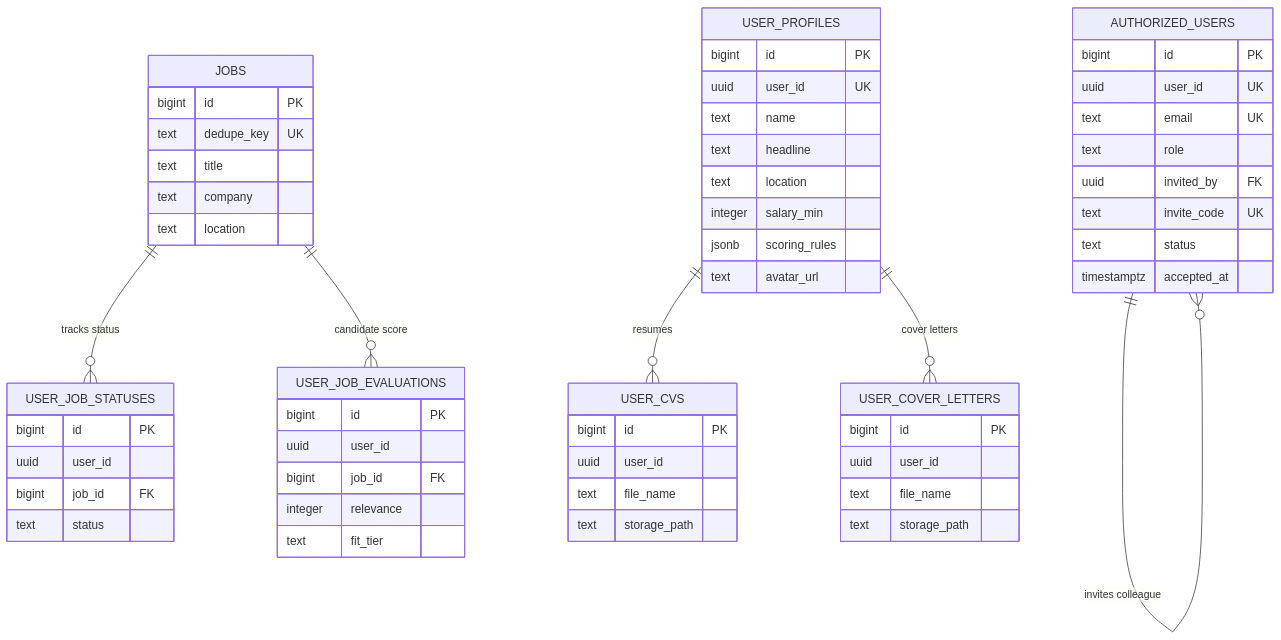
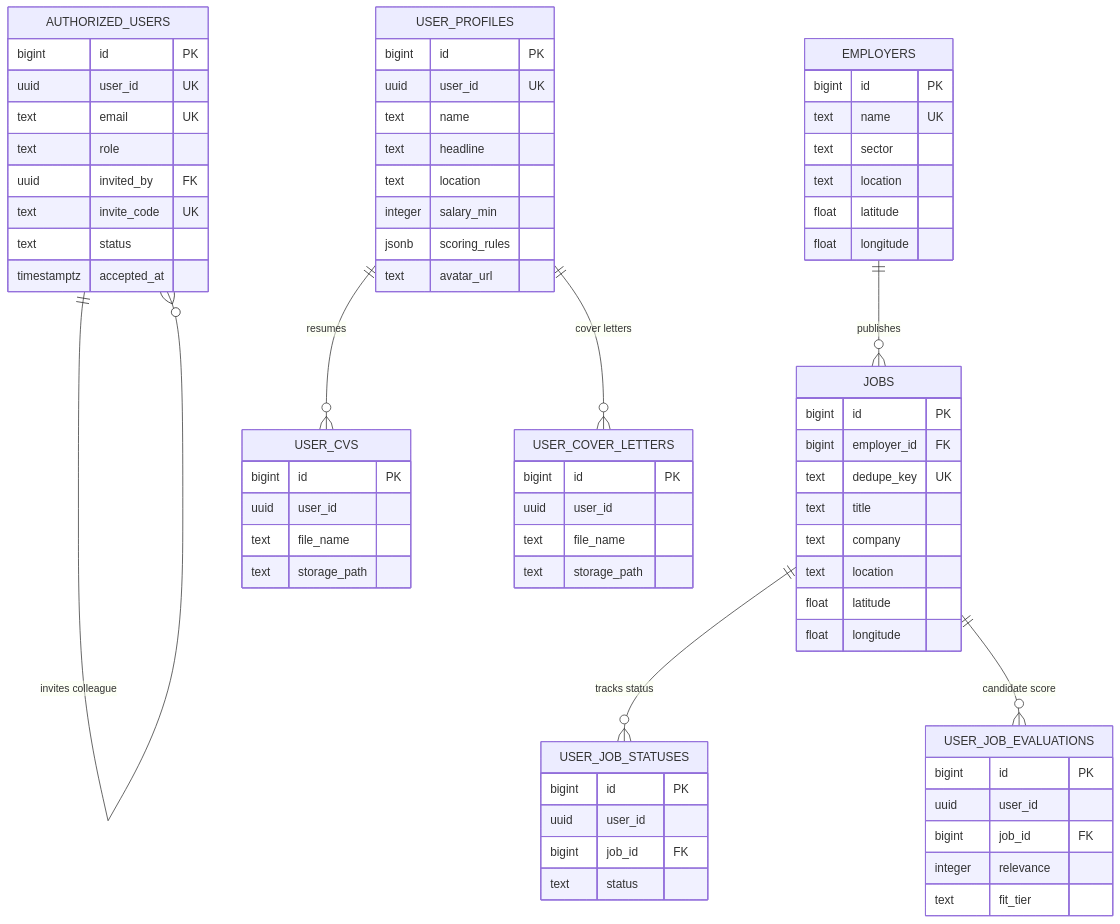
Before and after one commit to jae-labs/jobpulse: the diagram in docs/DATABASE_SCHEMA.md, drawn with Mermaid. The commit also changed other lines of this file and 50 other files, not shown here.

````diff
--- a/docs/DATABASE_SCHEMA.md
+++ b/docs/DATABASE_SCHEMA.md
@@ -7,61 +7,73 @@
 ```mermaid
 erDiagram
     AUTHORIZED_USERS {
         bigint id PK
         uuid user_id UK
         text email UK
         text role
         uuid invited_by FK
         text invite_code UK
         text status
         timestamptz accepted_at
     }
+    EMPLOYERS {
+        bigint id PK
+        text name UK
+        text sector
+        text location
+        float latitude
+        float longitude
+    }
     JOBS {
         bigint id PK
+        bigint employer_id FK
         text dedupe_key UK
         text title
         text company
         text location
+        float latitude
+        float longitude
     }
     USER_PROFILES {
         bigint id PK
         uuid user_id UK
         text name
         text headline
         text location
         integer salary_min
         jsonb scoring_rules
         text avatar_url
     }
     USER_JOB_STATUSES {
         bigint id PK
         uuid user_id
         bigint job_id FK
         text status
     }
     USER_JOB_EVALUATIONS {
         bigint id PK
         uuid user_id
         bigint job_id FK
         integer relevance
         text fit_tier
     }
     USER_CVS {
         bigint id PK
         uuid user_id
         text file_name
         text storage_path
     }
     USER_COVER_LETTERS {
         bigint id PK
         uuid user_id
         text file_name
         text storage_path
     }
 
     AUTHORIZED_USERS ||--o{ AUTHORIZED_USERS : "invites colleague"
+    EMPLOYERS ||--o{ JOBS : "publishes"
     JOBS ||--o{ USER_JOB_STATUSES : "tracks status"
     JOBS ||--o{ USER_JOB_EVALUATIONS : "candidate score"
     USER_PROFILES ||--o{ USER_CVS : "resumes"
     USER_PROFILES ||--o{ USER_COVER_LETTERS : "cover letters"
 ```
````
